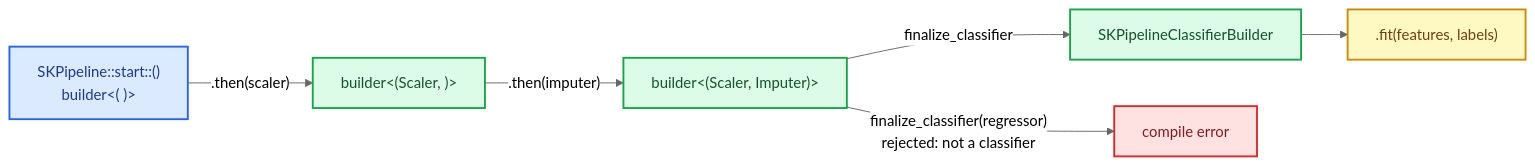
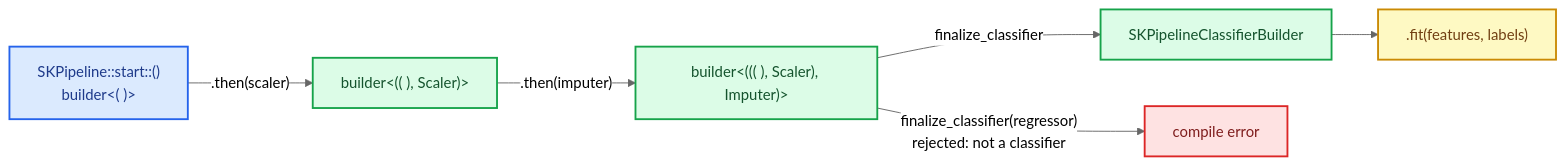
The first of 2 diagrams in docs/src/development-explained/ch24-type-safe-pipeline.md (neurono-ml/sciencekit), drawn with Mermaid (neutral theme) before and after one commit.

Commit message:
docs: show the left-nested builder type in the diagram

````diff
--- a/docs/src/development-explained/ch24-type-safe-pipeline.md
+++ b/docs/src/development-explained/ch24-type-safe-pipeline.md
@@ -75,18 +75,18 @@
 ```mermaid
 flowchart LR
     accTitle: The builder type grows with every composed stage
     accDescr: A pipeline builder's second type parameter is a tuple of the stages composed so far. Starting with an empty tuple, each then call returns a builder whose tuple has one more stage. The classifier finalizer only accepts a builder whose final stage feeds a supervised estimator, so an invalid chain fails to compile instead of failing at fit time.
-    A["SKPipeline::start::<f64>()<br/>builder<( )>"] -->|".then(scaler)"| B["builder<(Scaler, )>"]
-    B -->|".then(imputer)"| C["builder<(Scaler, Imputer)>"]
+    A["SKPipeline::start::<f64>()<br/>builder&lt;( )&gt;"] -->|".then(scaler)"| B["builder&lt;(( ), Scaler)&gt;"]
+    B -->|".then(imputer)"| C["builder&lt;((( ), Scaler), Imputer)&gt;"]
     C -->|"finalize_classifier"| D["SKPipelineClassifierBuilder"]
     C -->|"finalize_classifier(regressor)<br/>rejected: not a classifier"| E["compile error"]
     D --> F[".fit(features, labels)"]
     classDef start fill:#dbeafe,stroke:#2563eb,stroke-width:2px,color:#1e3a8a
     classDef built fill:#dcfce7,stroke:#16a34a,stroke-width:2px,color:#14532d
     classDef bad fill:#fee2e2,stroke:#dc2626,stroke-width:2px,color:#7f1d1d
     classDef result fill:#fef9c3,stroke:#ca8a04,stroke-width:2px,color:#713f12
     class A start
     class B,C,D built
     class E bad
     class F result
 ```
````
